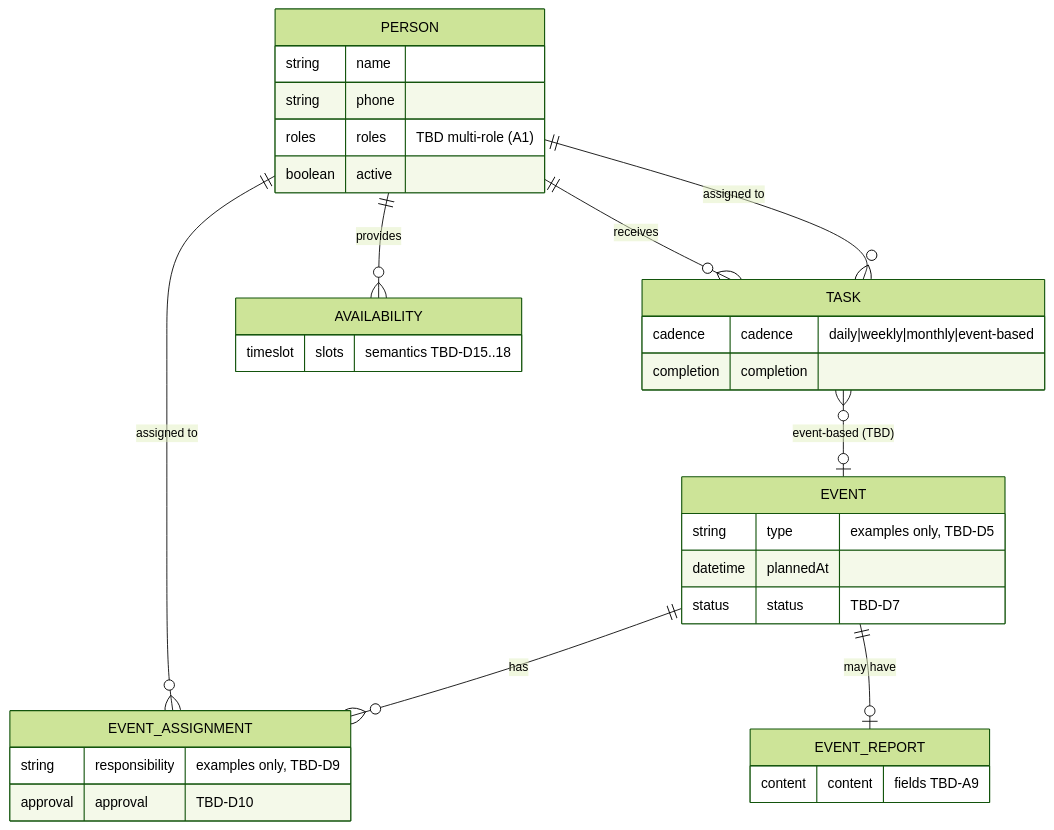
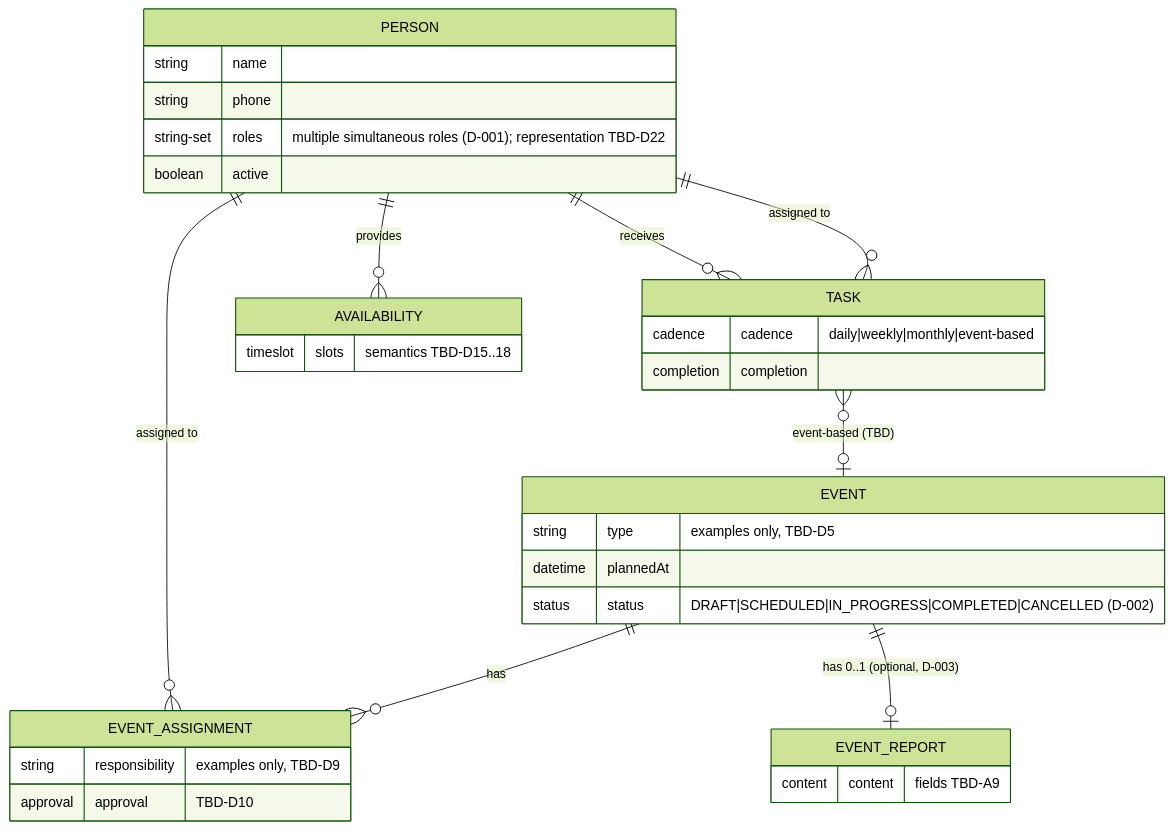
The diagram in docs/02-DOMAIN-MODEL.md (mistrs2p/ketabdan-ms), drawn with Mermaid (forest theme) before and after one commit. The commit also changed other lines of this file, not shown here.

````diff
--- a/docs/02-DOMAIN-MODEL.md
+++ b/docs/02-DOMAIN-MODEL.md
@@ -209,36 +248,36 @@
 ```mermaid
 erDiagram
     PERSON ||--o{ EVENT_ASSIGNMENT : "assigned to"
     PERSON ||--o{ TASK : "receives"
     PERSON ||--o{ AVAILABILITY : "provides"
     EVENT ||--o{ EVENT_ASSIGNMENT : "has"
-    EVENT ||--o| EVENT_REPORT : "may have"
+    EVENT ||--o| EVENT_REPORT : "has 0..1 (optional, D-003)"
     TASK }o--|| PERSON : "assigned to"
     TASK }o--o| EVENT : "event-based (TBD)"
 
     PERSON {
         string name
         string phone
-        roles roles "TBD multi-role (A1)"
+        string-set roles "multiple simultaneous roles (D-001); representation TBD-D22"
         boolean active
     }
     EVENT {
         string type "examples only, TBD-D5"
         datetime plannedAt
-        status status "TBD-D7"
+        status status "DRAFT|SCHEDULED|IN_PROGRESS|COMPLETED|CANCELLED (D-002)"
     }
     EVENT_ASSIGNMENT {
         string responsibility "examples only, TBD-D9"
         approval approval "TBD-D10"
     }
     TASK {
         cadence cadence "daily|weekly|monthly|event-based"
         completion completion
     }
     AVAILABILITY {
         timeslot slots "semantics TBD-D15..18"
     }
     EVENT_REPORT {
         content content "fields TBD-A9"
     }
 ```
````
